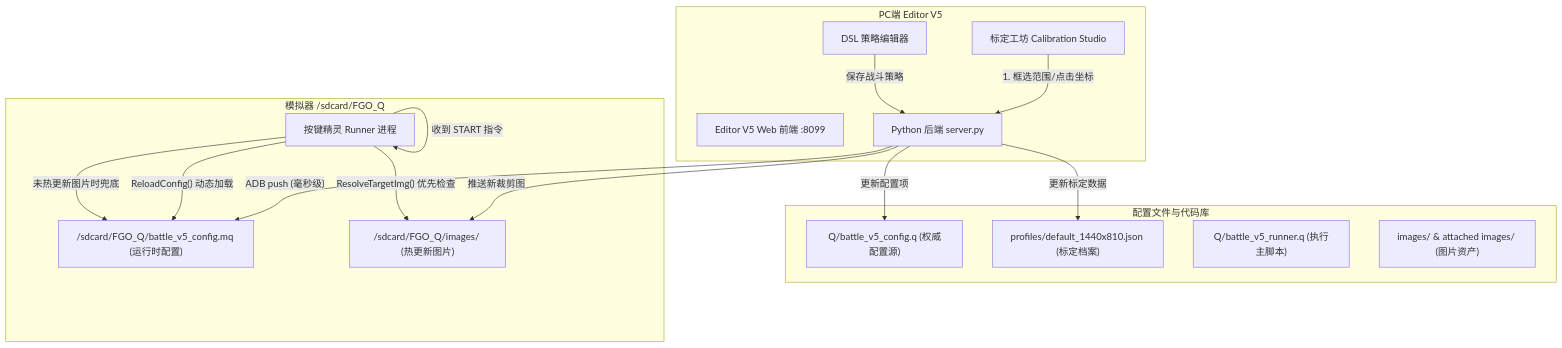
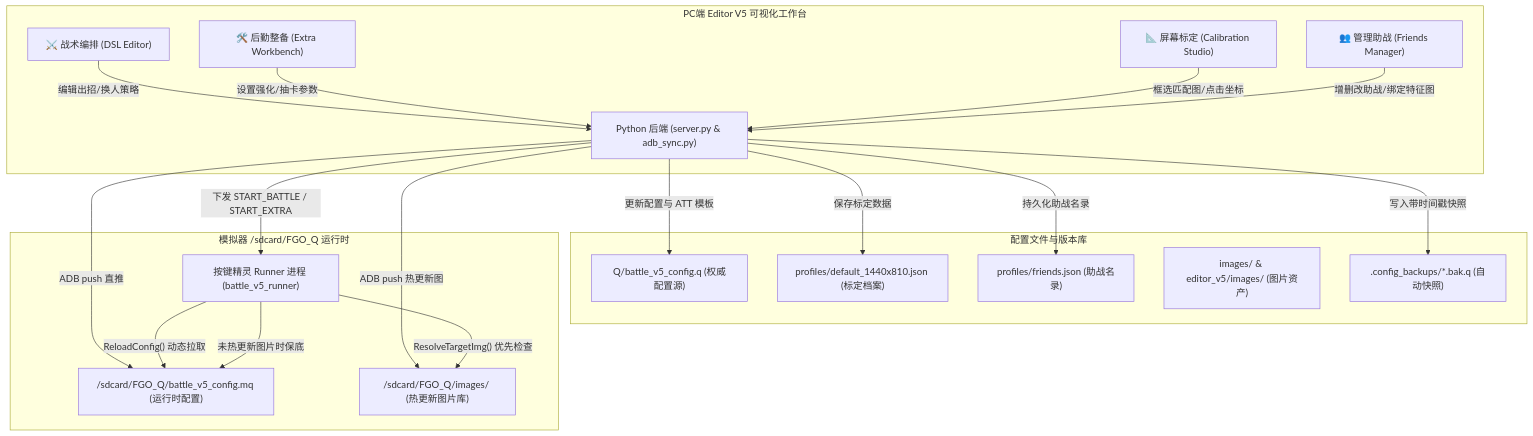
Before and after one commit to MKC-Mankii/FGO_Q: the first of 3 diagrams in docs/battle_v5_runner_config.md, drawn with Mermaid. The commit also changed other lines of this file and 42 other files, not shown here.

````diff
--- a/docs/battle_v5_runner_config.md
+++ b/docs/battle_v5_runner_config.md
@@ -24,34 +31,41 @@
 ```mermaid
 flowchart TD
-    subgraph PC端 Editor V5
-        UI[Editor V5 Web 前端 :8099]
-        Calib[标定工坊 Calibration Studio]
-        DSL[DSL 策略编辑器]
-        Server[Python 后端 server.py]
+    subgraph PC端 Editor V5 可视化工作台
+        W1["⚔️ 战术编排 (DSL Editor)"]
+        W2["🛠️ 后勤整备 (Extra Workbench)"]
+        W3["📐 屏幕标定 (Calibration Studio)"]
+        W4["👥 管理助战 (Friends Manager)"]
+        Server["Python 后端 (server.py & adb_sync.py)"]
     end
 
-    subgraph 配置文件与代码库
+    subgraph 配置文件与版本库
         CfgFile["Q/battle_v5_config.q (权威配置源)"]
-        ProfFile["profiles/default_1440x810.json (标定档案)"]
-        RunnerFile["Q/battle_v5_runner.q (执行主脚本)"]
-        ImgRepo["images/ & attached images/ (图片资产)"]
+        ProfCalib["profiles/default_1440x810.json (标定档案)"]
+        ProfFriend["profiles/friends.json (助战名录)"]
+        ImgRepo["images/ & editor_v5/images/ (图片资产)"]
+        Backups[".config_backups/*.bak.q (自动快照)"]
     end
 
-    subgraph 模拟器 /sdcard/FGO_Q
+    subgraph 模拟器 /sdcard/FGO_Q 运行时
         SimMQ["/sdcard/FGO_Q/battle_v5_config.mq (运行时配置)"]
-        SimImg["/sdcard/FGO_Q/images/ (热更新图片)"]
-        SimRunner["按键精灵 Runner 进程"]
+        SimImg["/sdcard/FGO_Q/images/ (热更新图片库)"]
+        SimRunner["按键精灵 Runner 进程 (battle_v5_runner)"]
     end
 
-    Calib -- "1. 框选范围/点击坐标" --> Server
-    DSL -- "保存战斗策略" --> Server
-    Server -- "更新配置项" --> CfgFile
-    Server -- "更新标定数据" --> ProfFile
-    Server -- "ADB push (毫秒级)" --> SimMQ
-    Server -- "推送新裁剪图" --> SimImg
+    W1 -- "编辑出招/换人策略" --> Server
+    W2 -- "设置强化/抽卡参数" --> Server
+    W3 -- "框选匹配图/点击坐标" --> Server
+    W4 -- "增删改助战/绑定特征图" --> Server
 
-    SimRunner -- "收到 START 指令" --> SimRunner
-    SimRunner -- "ReloadConfig() 动态加载" --> SimMQ
+    Server -- "更新配置与 ATT 模板" --> CfgFile
+    Server -- "保存标定数据" --> ProfCalib
+    Server -- "持久化助战名录" --> ProfFriend
+    Server -- "写入带时间戳快照" --> Backups
+    Server -- "ADB push 直推" --> SimMQ
+    Server -- "ADB push 热更新图" --> SimImg
+
+    Server -- "下发 START_BATTLE / START_EXTRA" --> SimRunner
+    SimRunner -- "ReloadConfig() 动态拉取" --> SimMQ
     SimRunner -- "ResolveTargetImg() 优先检查" --> SimImg
-    SimRunner -- "未热更新图片时兜底" --> SimMQ
+    SimRunner -- "未热更新图片时保底" --> SimMQ
 ```
````
